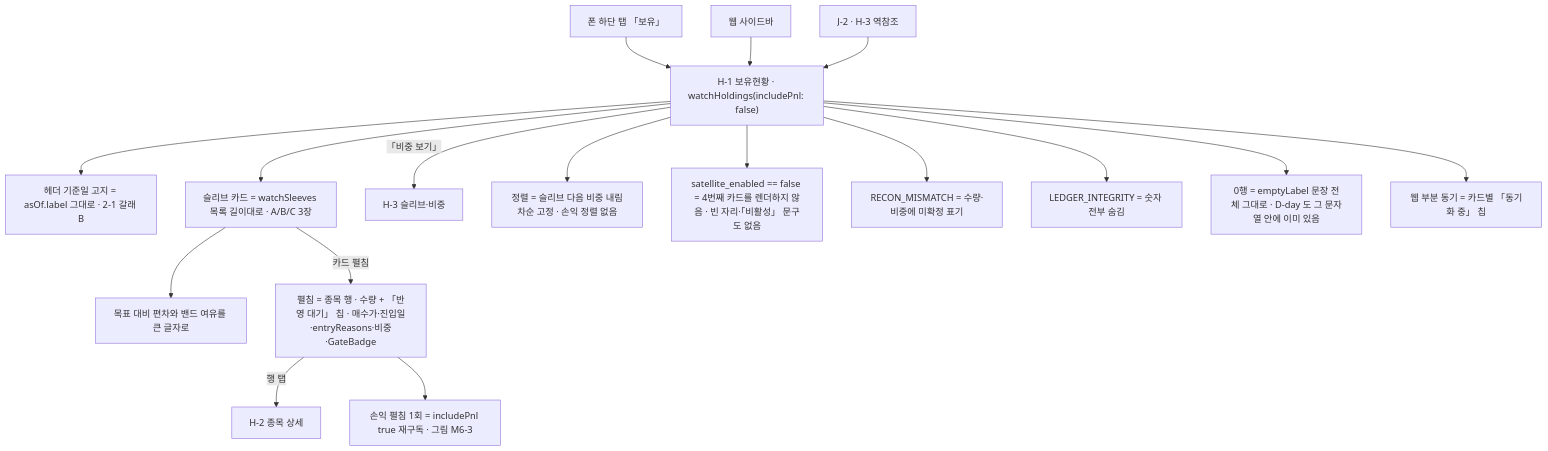
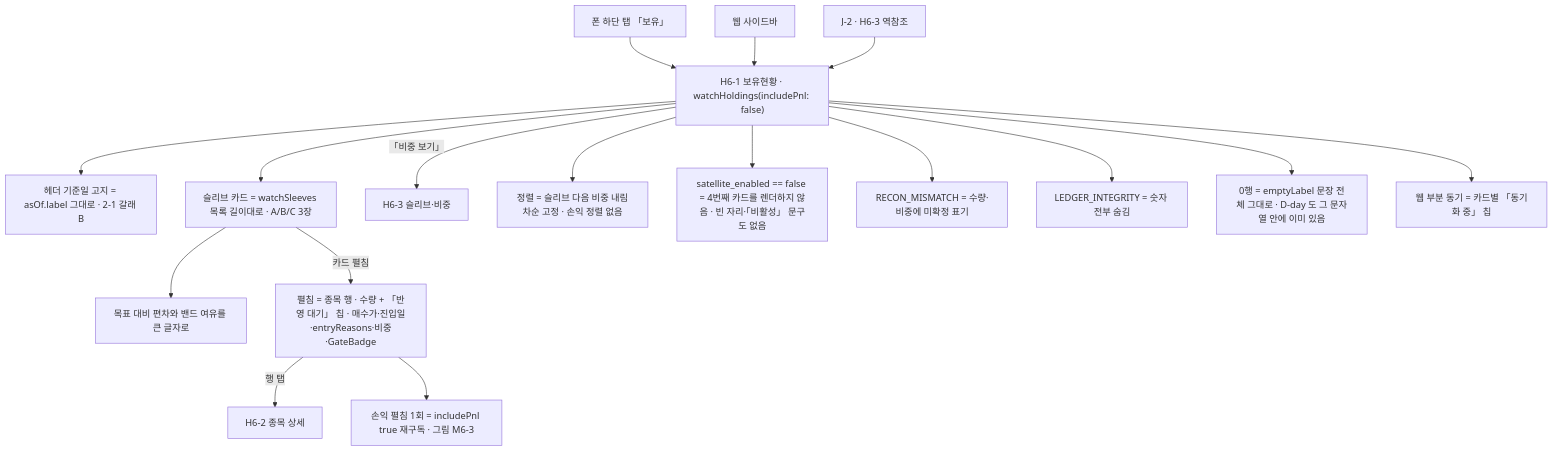
One commit to billybeom/AutoAlphaQuant changed diagram 20 of 27 in docs/ai-context/02_화면명세_M6_매매일지_보유현황.md. Above: the diagram before and after it, drawn with Mermaid. The commit also changed other lines of this file and 17 other files, not shown here.

````diff
--- a/docs/ai-context/02_화면명세_M6_매매일지_보유현황.md
+++ b/docs/ai-context/02_화면명세_M6_매매일지_보유현황.md
@@ -1200,36 +1204,36 @@
 ```mermaid
 flowchart TD
   IN1["폰 하단 탭 「보유」"]
   IN2["웹 사이드바"]
-  IN3["J-2 · H-3 역참조"]
-  H1["H-1 보유현황 · watchHoldings(includePnl: false)"]
+  IN3["J-2 · H6-3 역참조"]
+  H1["H6-1 보유현황 · watchHoldings(includePnl: false)"]
   HDR["헤더 기준일 고지 = asOf.label 그대로 · 2-1 갈래 B"]
   CARDS["슬리브 카드 = watchSleeves 목록 길이대로 · A/B/C 3장"]
   BIG["목표 대비 편차와 밴드 여유를 큰 글자로"]
   ROWS["펼침 = 종목 행 · 수량 + 「반영 대기」 칩 · 매수가·진입일·entryReasons·비중·GateBadge"]
-  H2["H-2 종목 상세"]
-  H3["H-3 슬리브·비중"]
+  H2["H6-2 종목 상세"]
+  H3["H6-3 슬리브·비중"]
   SORT["정렬 = 슬리브 다음 비중 내림차순 고정 · 손익 정렬 없음"]
   NOSAT["satellite_enabled == false = 4번째 카드를 렌더하지 않음 · 빈 자리·「비활성」 문구도 없음"]
   MASK["RECON_MISMATCH = 수량·비중에 미확정 표기"]
   HIDE["LEDGER_INTEGRITY = 숫자 전부 숨김"]
   EMPTY["0행 = emptyLabel 문장 전체 그대로 · D-day 도 그 문자열 안에 이미 있음"]
   PART["웹 부분 동기 = 카드별 「동기화 중」 칩"]
   PNL["손익 펼침 1회 = includePnl true 재구독 · 그림 M6-3"]
   IN1 --> H1
   IN2 --> H1
   IN3 --> H1
   H1 --> HDR
   H1 --> CARDS
   CARDS --> BIG
   CARDS -->|"카드 펼침"| ROWS
   ROWS -->|"행 탭"| H2
   H1 -->|"「비중 보기」"| H3
   H1 --> SORT
   H1 --> NOSAT
   H1 --> MASK
   H1 --> HIDE
   H1 --> EMPTY
   H1 --> PART
   ROWS --> PNL
 ```
````
